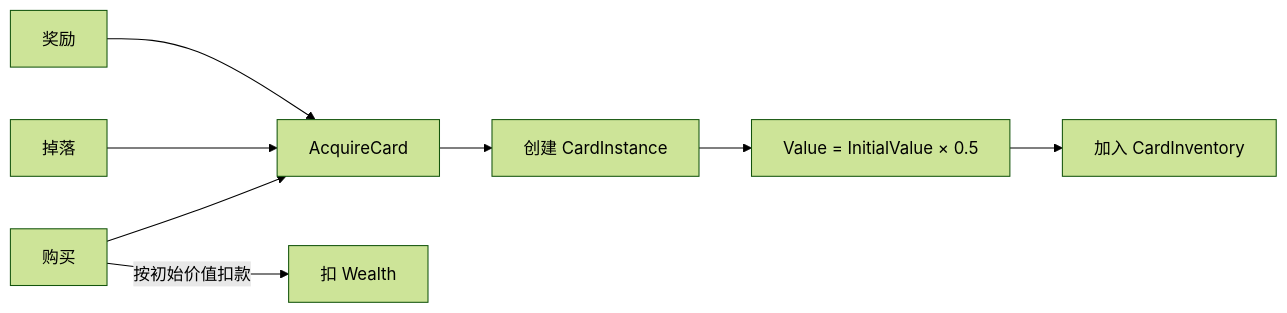
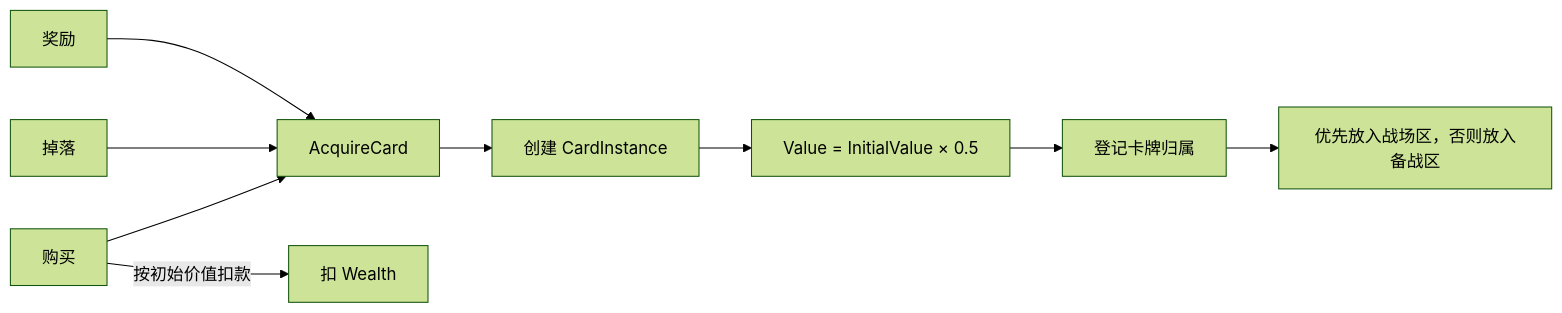
One commit to WayneTang99/Project_Star changed the third of 5 diagrams in docs/ARCHITECTURE.md. Above: the diagram before and after it, drawn with Mermaid (forest theme). The commit also changed other lines of this file and 126 other files, not shown here.

````diff
--- a/docs/ARCHITECTURE.md
+++ b/docs/ARCHITECTURE.md
@@ -173,10 +181,11 @@
 ```mermaid
 flowchart LR
     Buy["购买"] --> Acquire["AcquireCard"]
     Drop["掉落"] --> Acquire
     Reward["奖励"] --> Acquire
     Buy -->|"按初始价值扣款"| Pay["扣 Wealth"]
     Acquire --> Create["创建 CardInstance"]
     Create --> Half["Value = InitialValue × 0.5"]
-    Half --> Inventory["加入 CardInventory"]
+    Half --> Owned["登记卡牌归属"]
+    Owned --> AutoPlace["优先放入战场区，否则放入备战区"]
 ```
````
